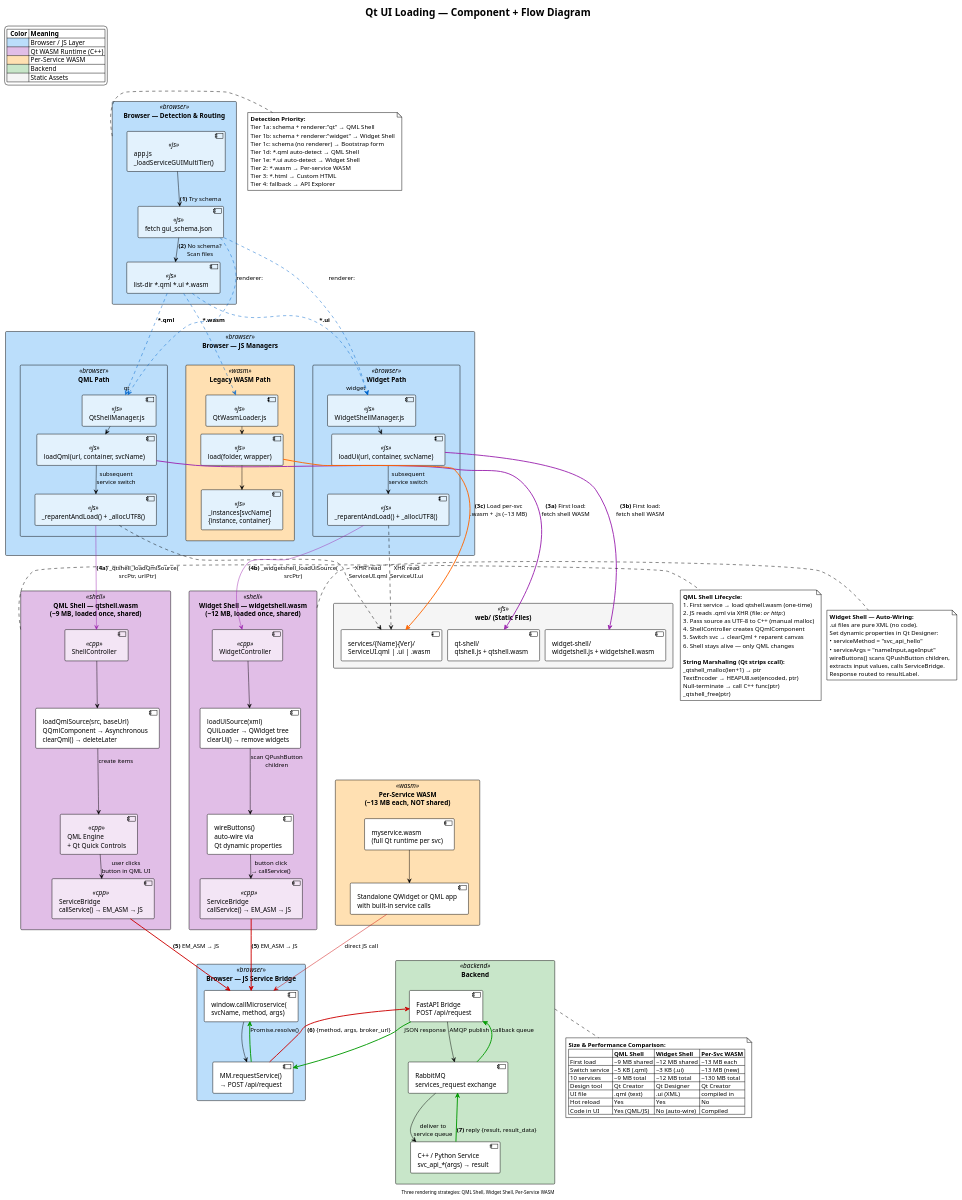
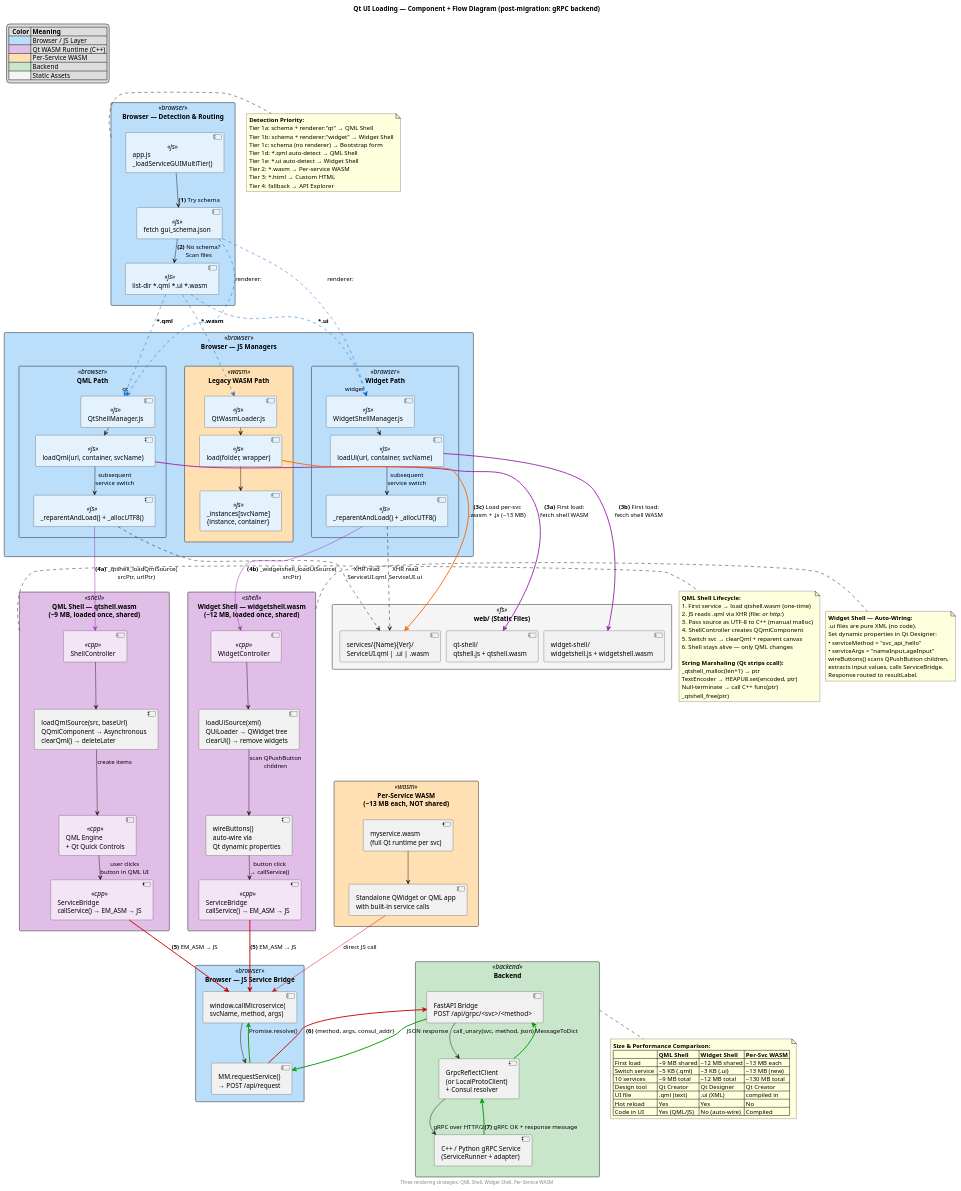
The diagram in docs/diagrams/component_flow_qt_ui_loading.puml (test-fullautomation/python-microservice-base), drawn with PlantUML before and after one commit. The commit also changed 104 other files, not shown here.

```diff
--- a/docs/diagrams/component_flow_qt_ui_loading.puml
+++ b/docs/diagrams/component_flow_qt_ui_loading.puml
@@ -1,6 +1,5 @@
 @startuml component_flow_qt_ui_loading
-!theme plain
-title Qt UI Loading — Component + Flow Diagram
+title Qt UI Loading — Component + Flow Diagram (post-migration: gRPC backend)
 footer Three rendering strategies: QML Shell, Widget Shell, Per-Service WASM
 
 skinparam rectangle {
@@ -168,19 +167,19 @@
 ' ============================================================================
 
 rectangle "Backend" <<backend>> as Row6 {
-    component "FastAPI Bridge\nPOST /api/request" as FastAPI
-    component "RabbitMQ\nservices_request exchange" as RabbitMQ
-    component "C++ / Python Service\nsvc_api_*(args) → result" as SvcBackend
+    component "FastAPI Bridge\nPOST /api/grpc/<svc>/<method>" as FastAPI
+    component "GrpcReflectClient\n(or LocalProtoClient)\n+ Consul resolver" as ReflectGw
+    component "C++ / Python gRPC Service\n(ServiceRunner + adapter)" as SvcBackend
 
-    FastAPI --> RabbitMQ : AMQP publish
-    RabbitMQ --> SvcBackend : deliver to\nservice queue
+    FastAPI --> ReflectGw : call_unary(svc, method, json)
+    ReflectGw --> SvcBackend : gRPC over HTTP/2
 }
 
-RequestSvc -[#CC0000,bold]-> FastAPI : <b>(6)</b> {method, args, broker_url}
+RequestSvc -[#CC0000,bold]-> FastAPI : <b>(6)</b> {method, args, consul_addr}
 
 ' Response flow (upward)
-SvcBackend -[#009900,bold]-> RabbitMQ : <b>(7)</b> reply {result, result_data}
-RabbitMQ -[#009900,bold]-> FastAPI : callback queue
+SvcBackend -[#009900,bold]-> ReflectGw : <b>(7)</b> gRPC OK + response message
+ReflectGw -[#009900,bold]-> FastAPI : MessageToDict
 FastAPI -[#009900,bold]-> RequestSvc : JSON response
 RequestSvc -[#009900,bold]-> CallBridge : Promise.resolve()
 
```
